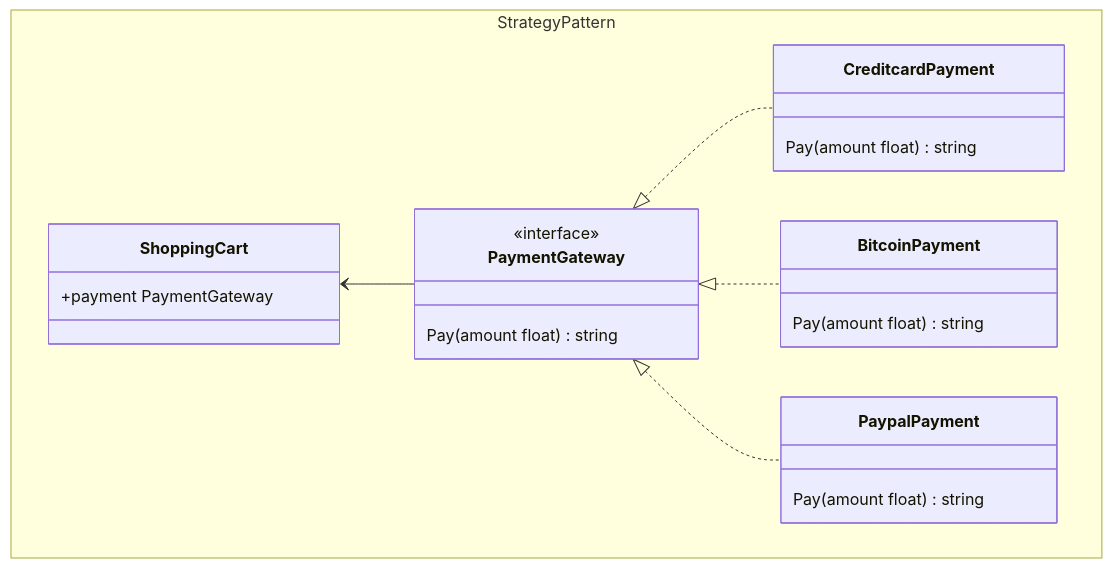
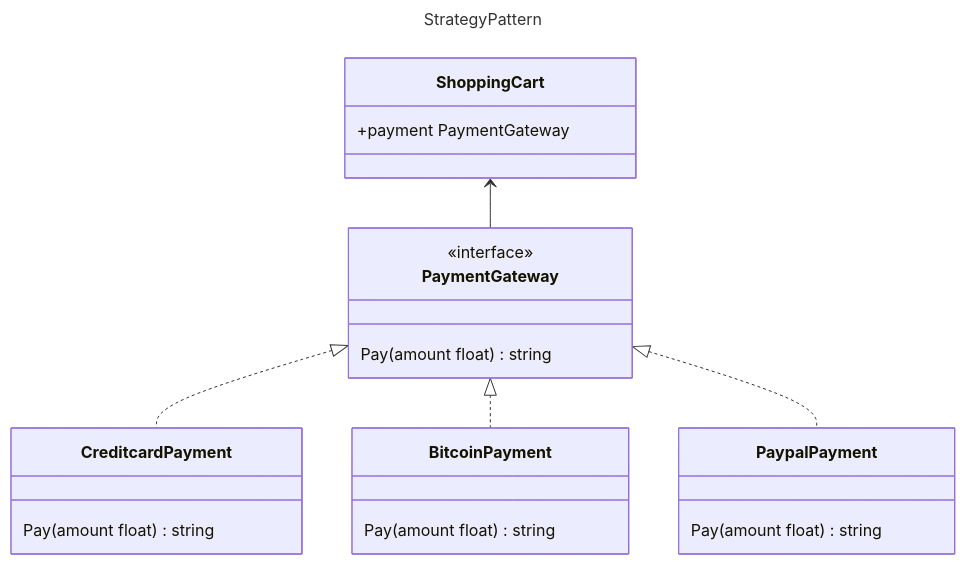
One commit to akhiltn/design-patterns-golang changed the seventh of 7 diagrams in README.md. Above: the diagram before and after it, drawn with Mermaid. The commit also changed other lines of this file and 2 other files, not shown here.

Commit message:
improvements of mermaid and decorator

````diff
--- a/README.md
+++ b/README.md
@@ -165,30 +171,32 @@
 ```mermaid
+---
+title: StrategyPattern
+---
 classDiagram
+
     PaymentGateway <|.. CreditcardPayment
     PaymentGateway <|.. BitcoinPayment
     PaymentGateway <|.. PaypalPayment
     ShoppingCart <-- PaymentGateway
     
-    namespace StrategyPattern {
-        class PaymentGateway {
-            <<interface>>
-            Pay(amount float) string
-        }
+    class PaymentGateway {
+        <<interface>>
+        Pay(amount float) string
+    }
 
-        class CreditcardPayment {
-            Pay(amount float) string
-        }
+    class CreditcardPayment {
+        Pay(amount float) string
+    }
 
-        class BitcoinPayment {
-            Pay(amount float) string
-        }
-        
-        class PaypalPayment {
-            Pay(amount float) string
-        }
-        
-        class ShoppingCart {
-            +payment PaymentGateway
-        }
+    class BitcoinPayment {
+        Pay(amount float) string
+    }
+    
+    class PaypalPayment {
+        Pay(amount float) string
+    }
+    
+    class ShoppingCart {
+        +payment PaymentGateway
     }
 ```
````
